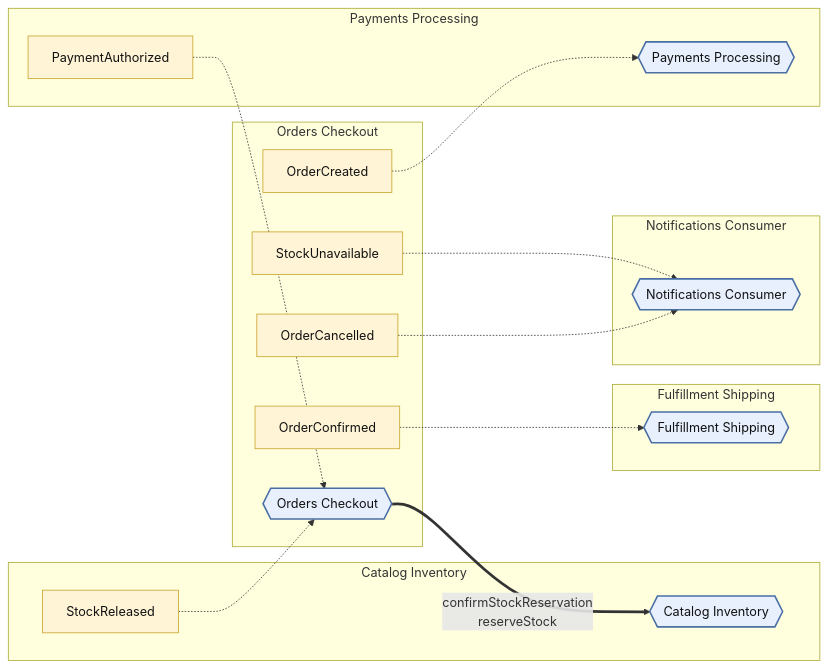
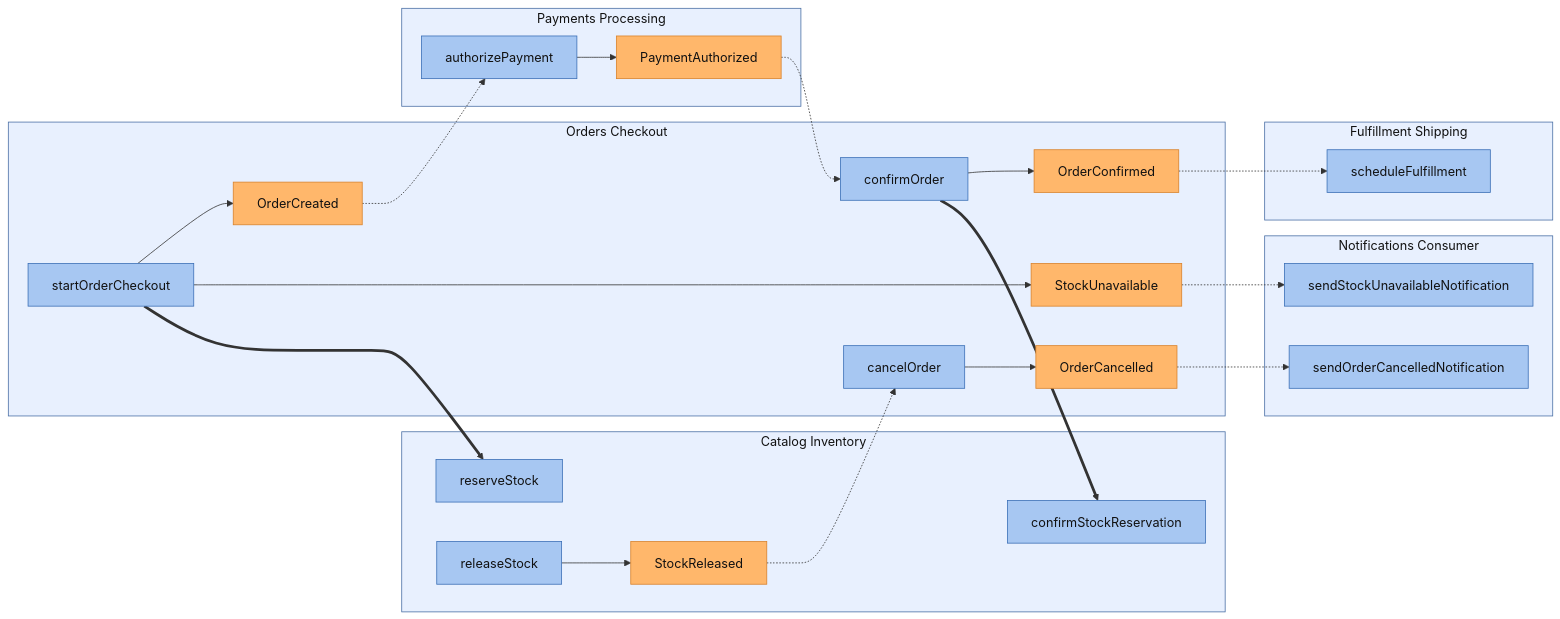
One commit to ZenWave360/dsl-kotlin changed the first of 4 diagrams in dsl-docs/src/commonTest/resources/snapshots/arcadia-modulith/modules/orders-checkout.md. Above: the diagram before and after it, drawn with Mermaid. The commit also changed other lines of this file and 13 other files, not shown here.

Commit message:
feat(docs): module pages with EventStorming, aggregates, lifecycle and glossary

````diff
--- a/dsl-docs/src/commonTest/resources/snapshots/arcadia-modulith/modules/orders-checkout.md
+++ b/dsl-docs/src/commonTest/resources/snapshots/arcadia-modulith/modules/orders-checkout.md
@@ -16,42 +16,56 @@
 ```mermaid
 flowchart LR
-  classDef module fill:#e8f0fe,stroke:#4a6fa5,stroke-width:2px,color:#111
-  classDef event fill:#fff4d6,stroke:#c9a227,color:#111
+  classDef module fill:#e8f0fe,stroke:#4a6fa5,color:#111
+  classDef command fill:#a7c7f2,stroke:#3b6fb6,color:#111
+  classDef event fill:#ffb76b,stroke:#d9822b,color:#111
 
   subgraph sg_CatalogInventory["Catalog Inventory"]
-    CatalogInventory{{"Catalog Inventory"}}
-    StockReleased["StockReleased"]
+    CatalogInventory__InventoryService__reserveStock["reserveStock"]
+    CatalogInventory__InventoryService__releaseStock["releaseStock"]
+    CatalogInventory__InventoryService__confirmStockReservation["confirmStockReservation"]
+    CatalogInventory__StockReleased["StockReleased"]
   end
 
   subgraph sg_FulfillmentShipping["Fulfillment Shipping"]
-    FulfillmentShipping{{"Fulfillment Shipping"}}
+    FulfillmentShipping__FulfillmentShippingService__scheduleFulfillment["scheduleFulfillment"]
   end
 
   subgraph sg_NotificationsConsumer["Notifications Consumer"]
-    NotificationsConsumer{{"Notifications Consumer"}}
+    NotificationsConsumer__NotificationsConsumerService__sendStockUnavailableNotification["sendStockUnavailableNotification"]
+    NotificationsConsumer__NotificationsConsumerService__sendOrderCancelledNotification["sendOrderCancelledNotification"]
   end
 
   subgraph sg_OrdersCheckout["Orders Checkout"]
-    OrdersCheckout{{"Orders Checkout"}}
-    OrderCancelled["OrderCancelled"]
-    OrderConfirmed["OrderConfirmed"]
-    OrderCreated["OrderCreated"]
-    StockUnavailable["StockUnavailable"]
+    OrdersCheckout__OrdersCheckoutService__startOrderCheckout["startOrderCheckout"]
+    OrdersCheckout__OrdersCheckoutService__confirmOrder["confirmOrder"]
+    OrdersCheckout__OrdersCheckoutService__cancelOrder["cancelOrder"]
+    OrdersCheckout__OrderCancelled["OrderCancelled"]
+    OrdersCheckout__OrderConfirmed["OrderConfirmed"]
+    OrdersCheckout__OrderCreated["OrderCreated"]
+    OrdersCheckout__StockUnavailable["StockUnavailable"]
   end
 
   subgraph sg_PaymentsProcessing["Payments Processing"]
-    PaymentsProcessing{{"Payments Processing"}}
-    PaymentAuthorized["PaymentAuthorized"]
+    PaymentsProcessing__PaymentsProcessingService__authorizePayment["authorizePayment"]
+    PaymentsProcessing__PaymentAuthorized["PaymentAuthorized"]
   end
 
-  class CatalogInventory,FulfillmentShipping,NotificationsConsumer,OrdersCheckout,PaymentsProcessing module
-  class OrderCancelled,OrderConfirmed,OrderCreated,PaymentAuthorized,StockReleased,StockUnavailable event
+  class sg_CatalogInventory,sg_FulfillmentShipping,sg_NotificationsConsumer,sg_OrdersCheckout,sg_PaymentsProcessing module
+  class CatalogInventory__InventoryService__confirmStockReservation,CatalogInventory__InventoryService__releaseStock,CatalogInventory__InventoryService__reserveStock,FulfillmentShipping__FulfillmentShippingService__scheduleFulfillment,NotificationsConsumer__NotificationsConsumerService__sendOrderCancelledNotification,NotificationsConsumer__NotificationsConsumerService__sendStockUnavailableNotification,OrdersCheckout__OrdersCheckoutService__cancelOrder,OrdersCheckout__OrdersCheckoutService__confirmOrder,OrdersCheckout__OrdersCheckoutService__startOrderCheckout,PaymentsProcessing__PaymentsProcessingService__authorizePayment command
+  class CatalogInventory__StockReleased,OrdersCheckout__OrderCancelled,OrdersCheckout__OrderConfirmed,OrdersCheckout__OrderCreated,OrdersCheckout__StockUnavailable,PaymentsProcessing__PaymentAuthorized event
 
-  OrderCancelled -.-> NotificationsConsumer
-  OrderConfirmed -.-> FulfillmentShipping
-  OrderCreated -.-> PaymentsProcessing
-  PaymentAuthorized -.-> OrdersCheckout
-  StockReleased -.-> OrdersCheckout
-  StockUnavailable -.-> NotificationsConsumer
-  OrdersCheckout ==>|"confirmStockReservation<br/>reserveStock"| CatalogInventory
+  CatalogInventory__InventoryService__releaseStock --> CatalogInventory__StockReleased
+  OrdersCheckout__OrdersCheckoutService__cancelOrder --> OrdersCheckout__OrderCancelled
+  OrdersCheckout__OrdersCheckoutService__confirmOrder --> OrdersCheckout__OrderConfirmed
+  OrdersCheckout__OrdersCheckoutService__startOrderCheckout --> OrdersCheckout__OrderCreated
+  OrdersCheckout__OrdersCheckoutService__startOrderCheckout --> OrdersCheckout__StockUnavailable
+  PaymentsProcessing__PaymentsProcessingService__authorizePayment --> PaymentsProcessing__PaymentAuthorized
+  CatalogInventory__StockReleased -.-> OrdersCheckout__OrdersCheckoutService__cancelOrder
+  OrdersCheckout__OrderCancelled -.-> NotificationsConsumer__NotificationsConsumerService__sendOrderCancelledNotification
+  OrdersCheckout__OrderConfirmed -.-> FulfillmentShipping__FulfillmentShippingService__scheduleFulfillment
+  OrdersCheckout__OrderCreated -.-> PaymentsProcessing__PaymentsProcessingService__authorizePayment
+  OrdersCheckout__StockUnavailable -.-> NotificationsConsumer__NotificationsConsumerService__sendStockUnavailableNotification
+  PaymentsProcessing__PaymentAuthorized -.-> OrdersCheckout__OrdersCheckoutService__confirmOrder
+  OrdersCheckout__OrdersCheckoutService__confirmOrder ==> CatalogInventory__InventoryService__confirmStockReservation
+  OrdersCheckout__OrdersCheckoutService__startOrderCheckout ==> CatalogInventory__InventoryService__reserveStock
 ```
````
